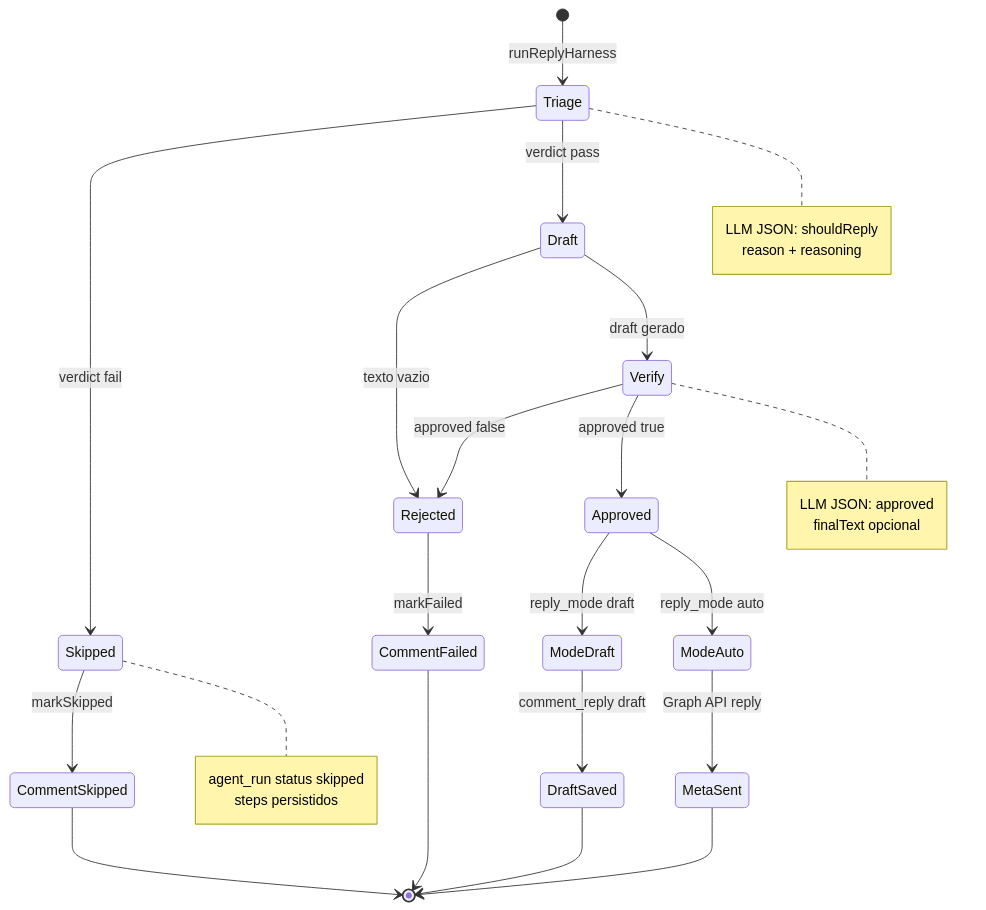
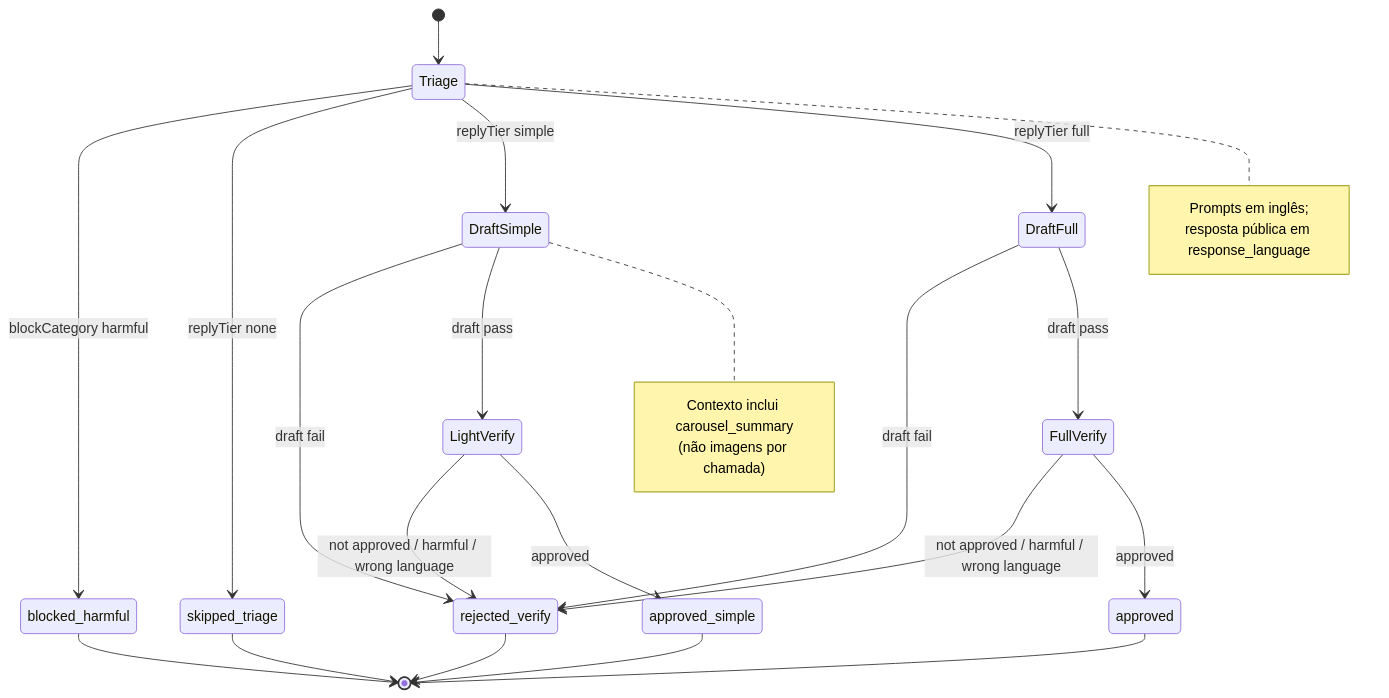
One commit to colabcolibri/iris changed the diagram in docs/architecture/diagrams/iris-reply-agent-harness.md. Above: the diagram before and after it, drawn with Mermaid. The commit also changed other lines of this file and 112 other files, not shown here.

First line of the commit message:
feat(iris-app): harness v2, simulador, carousel summary e UI operacional

````diff
--- a/docs/architecture/diagrams/iris-reply-agent-harness.md
+++ b/docs/architecture/diagrams/iris-reply-agent-harness.md
@@ -11,43 +11,37 @@
 ```mermaid
 stateDiagram-v2
-  direction TB
+  [*] --> Triage
 
-  [*] --> Triage: runReplyHarness
+  Triage --> blocked_harmful: blockCategory harmful
+  Triage --> skipped_triage: replyTier none
+  Triage --> DraftSimple: replyTier simple
+  Triage --> DraftFull: replyTier full
 
-  Triage --> Skipped: verdict fail
-  Triage --> Draft: verdict pass
+  DraftSimple --> rejected_verify: draft fail
+  DraftFull --> rejected_verify: draft fail
 
-  Draft --> Rejected: texto vazio
-  Draft --> Verify: draft gerado
+  DraftSimple --> LightVerify: draft pass
+  DraftFull --> FullVerify: draft pass
 
-  Verify --> Rejected: approved false
-  Verify --> Approved: approved true
+  LightVerify --> rejected_verify: not approved / harmful / wrong language
+  LightVerify --> approved_simple: approved
 
-  Skipped --> CommentSkipped: markSkipped
-  Rejected --> CommentFailed: markFailed
-  Approved --> ModeDraft: reply_mode draft
-  Approved --> ModeAuto: reply_mode auto
+  FullVerify --> rejected_verify: not approved / harmful / wrong language
+  FullVerify --> approved: approved
 
-  ModeDraft --> DraftSaved: comment_reply draft
-  ModeAuto --> MetaSent: Graph API reply
-
-  CommentSkipped --> [*]
-  CommentFailed --> [*]
-  DraftSaved --> [*]
-  MetaSent --> [*]
+  blocked_harmful --> [*]
+  skipped_triage --> [*]
+  rejected_verify --> [*]
+  approved_simple --> [*]
+  approved --> [*]
 
   note right of Triage
-    LLM JSON: shouldReply
-    reason + reasoning
+    Prompts em inglês;
+    resposta pública em response_language
   end note
 
-  note right of Verify
-    LLM JSON: approved
-    finalText opcional
-  end note
-
-  note right of Skipped
-    agent_run status skipped
-    steps persistidos
+  note right of DraftSimple
+    Contexto inclui carousel_summary
+    (não imagens por chamada)
   end note
 ```
````
